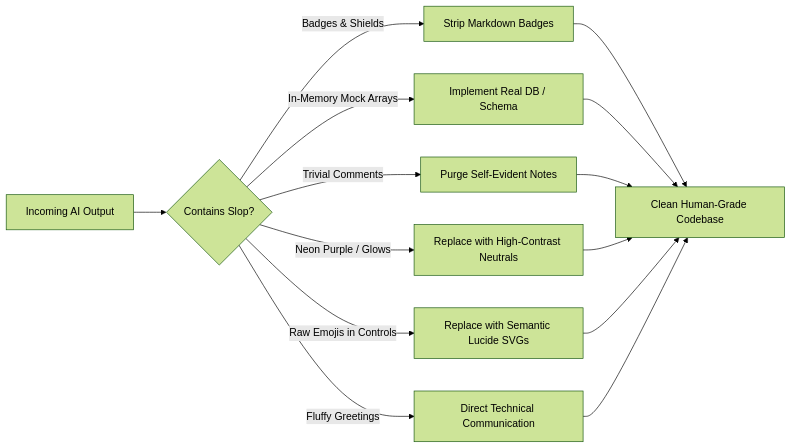
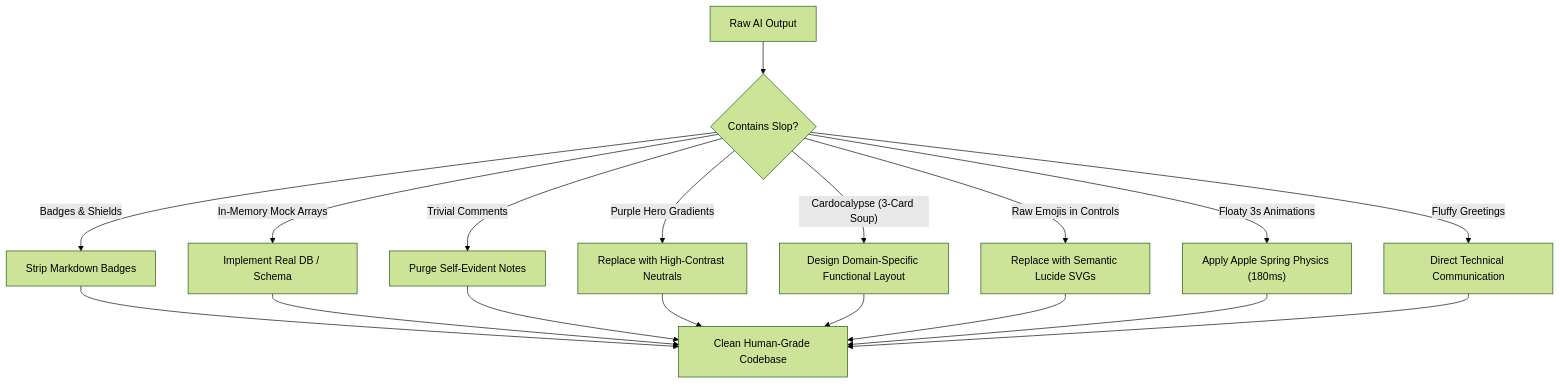
The first of 3 diagrams in skills/anti-slop/SKILL.md (darknecrocities/SkillBuilder), drawn with Mermaid (forest theme) before and after one commit. The commit also changed other lines of this file and 5 other files, not shown here.

````diff
--- a/skills/anti-slop/SKILL.md
+++ b/skills/anti-slop/SKILL.md
@@ -16,11 +32,13 @@
 ```mermaid
-flowchart LR
-    A["Incoming AI Output"] --> B{"Contains Slop?"}
+flowchart TD
+    A["Raw AI Output"] --> B{"Contains Slop?"}
     B -- "Badges & Shields" --> C["Strip Markdown Badges"]
     B -- "In-Memory Mock Arrays" --> D["Implement Real DB / Schema"]
     B -- "Trivial Comments" --> E["Purge Self-Evident Notes"]
-    B -- "Neon Purple / Glows" --> F["Replace with High-Contrast Neutrals"]
-    B -- "Raw Emojis in Controls" --> G["Replace with Semantic Lucide SVGs"]
-    B -- "Fluffy Greetings" --> H["Direct Technical Communication"]
-    C & D & E & F & G & H --> I["Clean Human-Grade Codebase"]
+    B -- "Purple Hero Gradients" --> F["Replace with High-Contrast Neutrals"]
+    B -- "Cardocalypse (3-Card Soup)" --> G["Design Domain-Specific Functional Layout"]
+    B -- "Raw Emojis in Controls" --> H["Replace with Semantic Lucide SVGs"]
+    B -- "Floaty 3s Animations" --> I["Apply Apple Spring Physics (180ms)"]
+    B -- "Fluffy Greetings" --> J["Direct Technical Communication"]
+    C & D & E & F & G & H & I & J --> K["Clean Human-Grade Codebase"]
 ```
````
